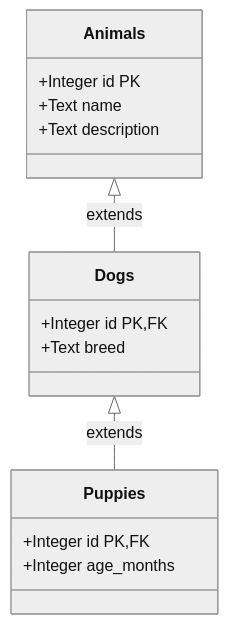
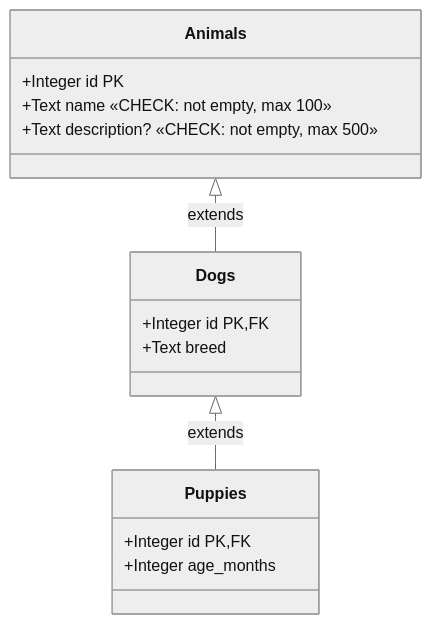
The fourth of 7 diagrams in README.md (LucaCappelletti94/diesel-builders), drawn with Mermaid (neutral theme) before and after one commit. The commit also changed other lines of this file and 6 other files, not shown here.

````diff
--- a/README.md
+++ b/README.md
@@ -91,19 +114,19 @@
 ```mermaid
 classDiagram
     direction BT
     class Animals {
         +Integer id PK
-        +Text name
-        +Text description
+        +Text name «CHECK: not empty, max 100»
+        +Text description? «CHECK: not empty, max 500»
     }
     class Dogs {
         +Integer id PK,FK
         +Text breed
     }
     class Puppies {
         +Integer id PK,FK
         +Integer age_months
     }
     Dogs --|> Animals : extends
     Puppies --|> Dogs : extends
 ```
````
